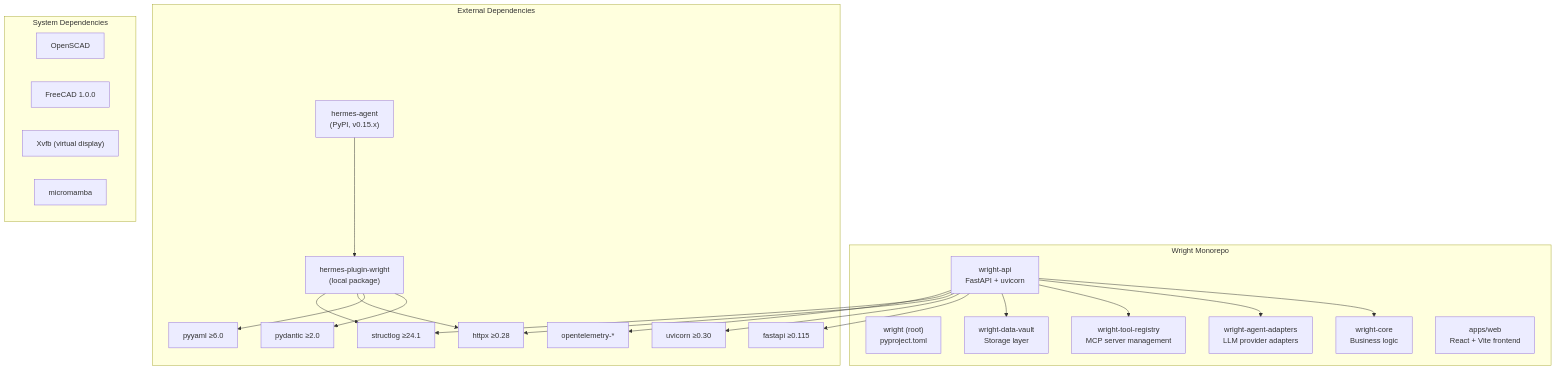
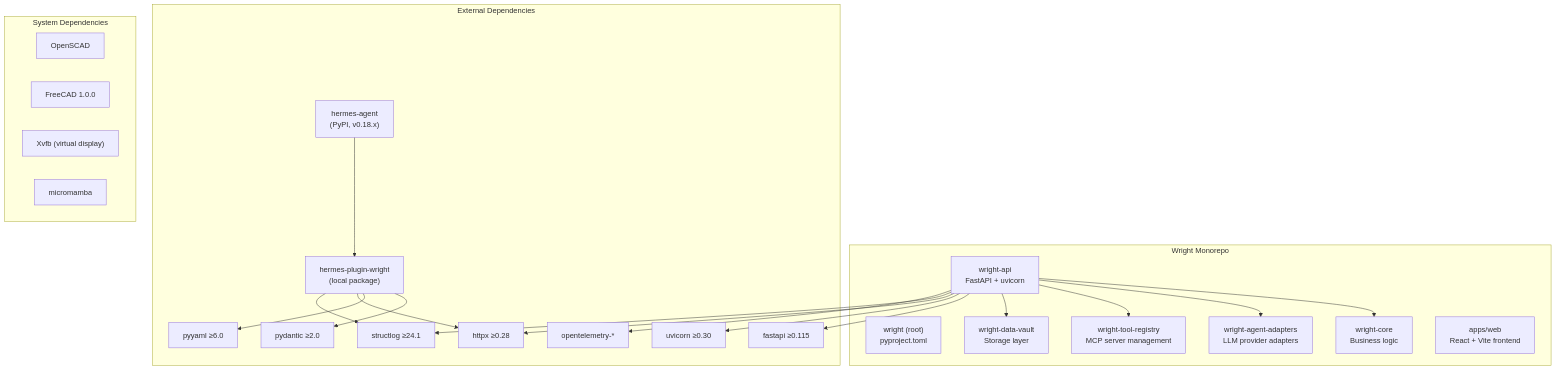
The eighth of 8 diagrams in docs/deployment-configurations.md (burhop/wright), drawn with Mermaid before and after one commit. The commit also changed other lines of this file and 11 other files, not shown here.

````diff
--- a/docs/deployment-configurations.md
+++ b/docs/deployment-configurations.md
@@ -625,48 +625,48 @@
 ```mermaid
 graph TB
     subgraph "Wright Monorepo"
         ROOT["wright (root)<br/>pyproject.toml"]
         API["wright-api<br/>FastAPI + uvicorn"]
         CORE["wright-core<br/>Business logic"]
         AA["wright-agent-adapters<br/>LLM provider adapters"]
         TR["wright-tool-registry<br/>MCP server management"]
         DV["wright-data-vault<br/>Storage layer"]
         WEB["apps/web<br/>React + Vite frontend"]
 
         API --> CORE
         API --> AA
         API --> TR
         API --> DV
     end
 
     subgraph "External Dependencies"
-        HERMES["hermes-agent<br/>(PyPI, v0.15.x)"]
+        HERMES["hermes-agent<br/>(PyPI, v0.18.x)"]
         PLUGIN["hermes-plugin-wright<br/>(local package)"]
         HERMES --> PLUGIN
 
         FASTAPI["fastapi ≥0.115"]
         UVICORN["uvicorn ≥0.30"]
         HTTPX["httpx ≥0.28"]
         STRUCT["structlog ≥24.1"]
         OTEL["opentelemetry-*"]
         PYDANTIC["pydantic ≥2.0"]
         PYYAML["pyyaml ≥6.0"]
 
         API --> FASTAPI
         API --> UVICORN
         API --> HTTPX
         API --> STRUCT
         API --> OTEL
         PLUGIN --> PYDANTIC
         PLUGIN --> PYYAML
         PLUGIN --> HTTPX
         PLUGIN --> STRUCT
     end
 
     subgraph "System Dependencies"
         OPENSCAD["OpenSCAD"]
         FREECAD["FreeCAD 1.0.0"]
         XVFB["Xvfb (virtual display)"]
         MICROMAMBA["micromamba"]
     end
 ```
````
